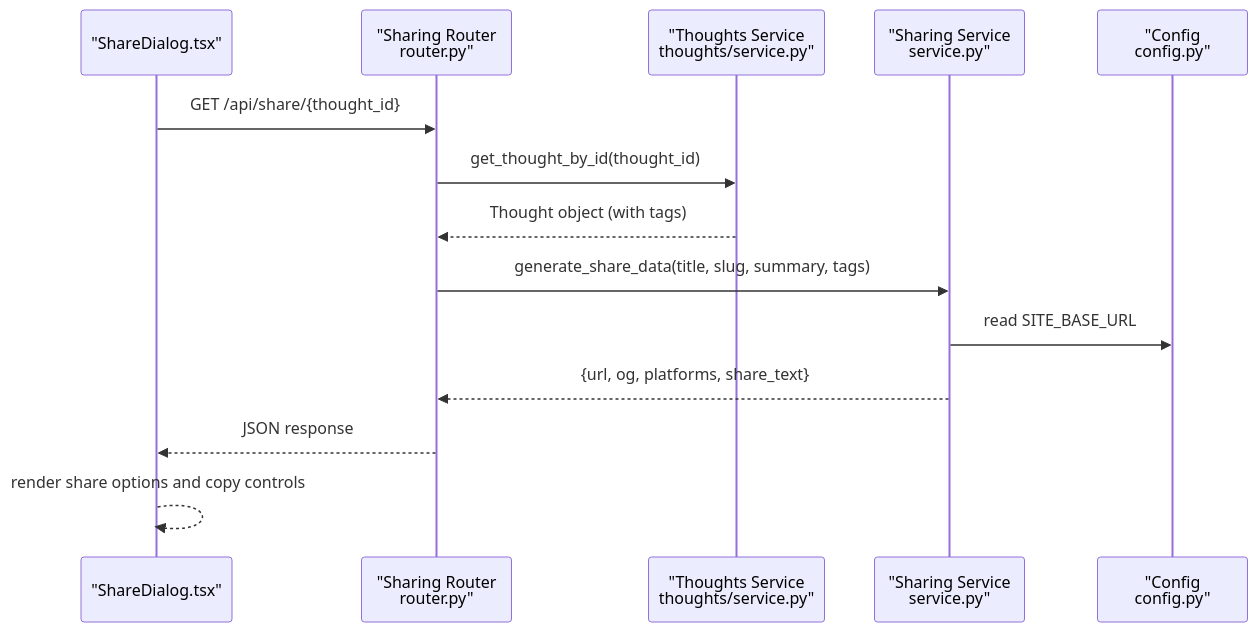
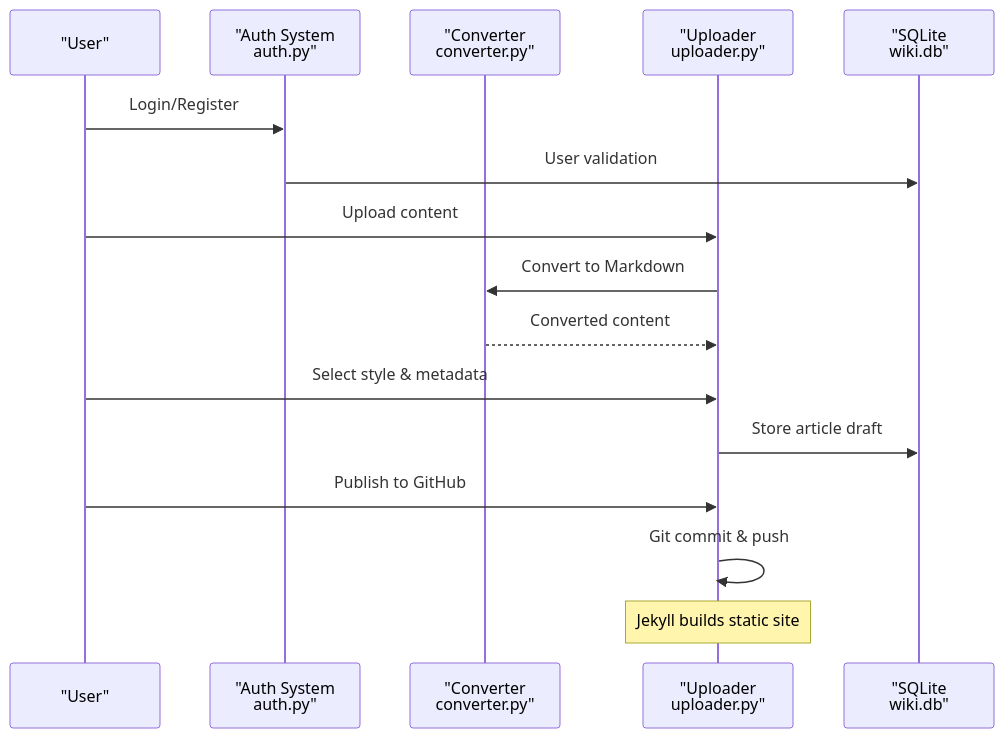
The second of 6 diagrams in .qoder/repowiki/en/content/Backend Application/Social Sharing.md (PolarisW007/PolaZhenJing), drawn with Mermaid before and after one commit. The commit also changed other lines of this file and 153 other files, not shown here.

````diff
--- a/.qoder/repowiki/en/content/Backend Application/Social Sharing.md
+++ b/.qoder/repowiki/en/content/Backend Application/Social Sharing.md
@@ -94,16 +107,18 @@
 ```mermaid
 sequenceDiagram
-participant FE as "ShareDialog.tsx"
-participant API as "Sharing Router<br/>router.py"
-participant TH as "Thoughts Service<br/>thoughts/service.py"
-participant SRV as "Sharing Service<br/>service.py"
-participant CFG as "Config<br/>config.py"
-FE->>API : GET /api/share/{thought_id}
-API->>TH : get_thought_by_id(thought_id)
-TH-->>API : Thought object (with tags)
-API->>SRV : generate_share_data(title, slug, summary, tags)
-SRV->>CFG : read SITE_BASE_URL
-SRV-->>API : {url, og, platforms, share_text}
-API-->>FE : JSON response
-FE-->>FE : render share options and copy controls
+participant U as "User"
+participant A as "Auth System<br/>auth.py"
+participant C as "Converter<br/>converter.py"
+participant UPL as "Uploader<br/>uploader.py"
+participant DB as "SQLite<br/>wiki.db"
+U->>A : Login/Register
+A->>DB : User validation
+U->>UPL : Upload content
+UPL->>C : Convert to Markdown
+C-->>UPL : Converted content
+U->>UPL : Select style & metadata
+UPL->>DB : Store article draft
+U->>UPL : Publish to GitHub
+UPL->>UPL : Git commit & push
+Note over UPL : Jekyll builds static site
 ```
````
